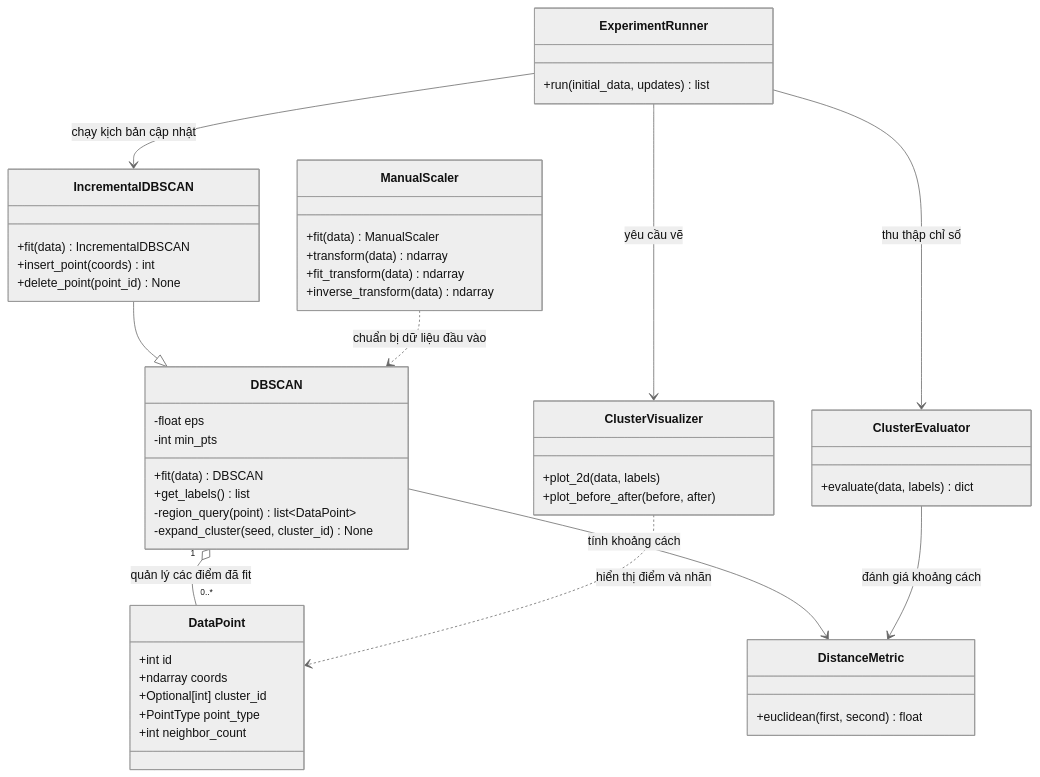
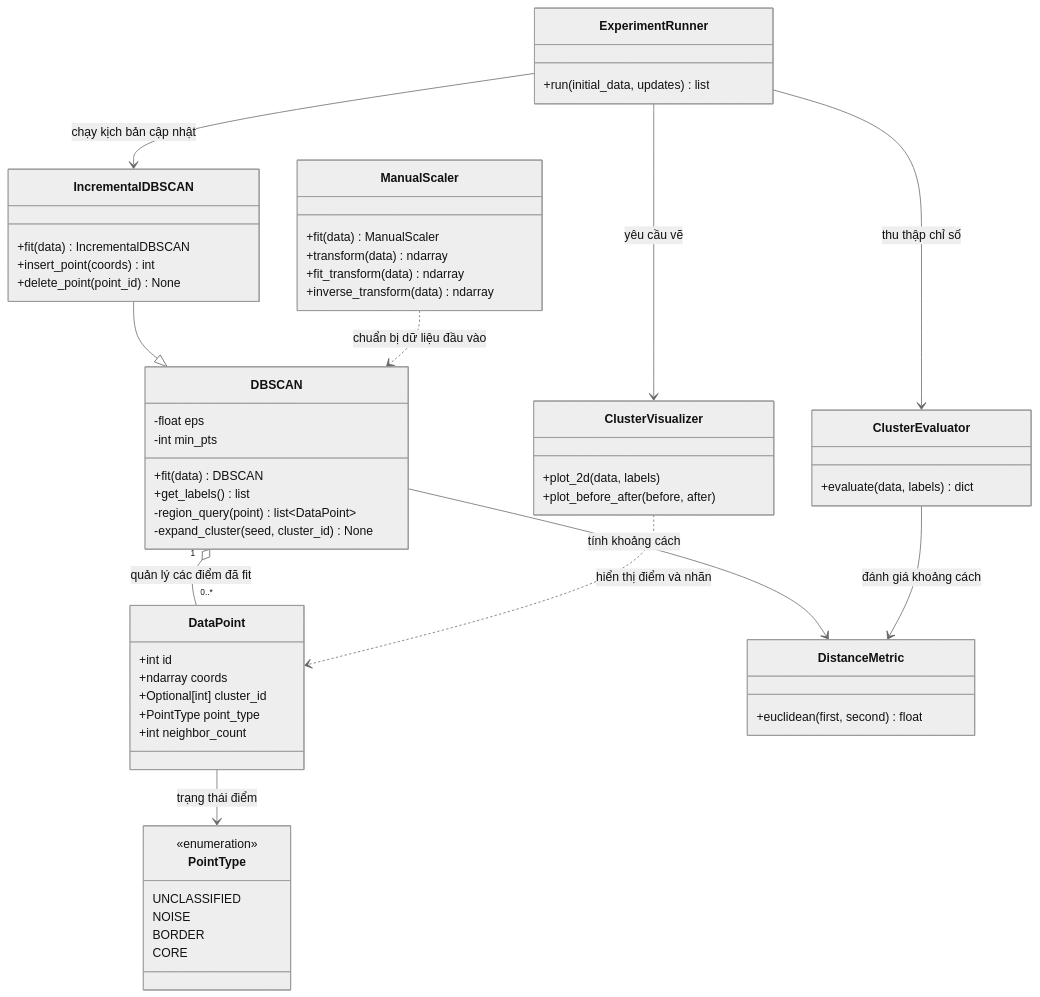
Before and after one commit to hoanganh-kevz/INCREMENTAL_DBSCAN_NHOM_1: the diagram in docs/oop_design.md, drawn with Mermaid (neutral theme). The commit also changed other lines of this file and 1 other file, not shown here.

Commit message:
refactor(tv3): align core classes with C02 design

````diff
--- a/docs/oop_design.md
+++ b/docs/oop_design.md
@@ -5,52 +5,60 @@
 ```mermaid
 classDiagram
     class DataPoint {
         +int id
         +ndarray coords
         +Optional[int] cluster_id
         +PointType point_type
         +int neighbor_count
+    }
+    class PointType {
+        <<enumeration>>
+        UNCLASSIFIED
+        NOISE
+        BORDER
+        CORE
     }
     class DistanceMetric {
         +euclidean(first, second) float
     }
     class ManualScaler {
         +fit(data) ManualScaler
         +transform(data) ndarray
         +fit_transform(data) ndarray
         +inverse_transform(data) ndarray
     }
     class DBSCAN {
         -float eps
         -int min_pts
         +fit(data) DBSCAN
         +get_labels() list
         -region_query(point) list~DataPoint~
         -expand_cluster(seed, cluster_id) None
     }
     class IncrementalDBSCAN {
         +fit(data) IncrementalDBSCAN
         +insert_point(coords) int
         +delete_point(point_id) None
     }
     class ClusterEvaluator {
         +evaluate(data, labels) dict
     }
     class ClusterVisualizer {
         +plot_2d(data, labels)
         +plot_before_after(before, after)
     }
     class ExperimentRunner {
         +run(initial_data, updates) list
     }
 
     IncrementalDBSCAN --|> DBSCAN
     DBSCAN "1" o-- "0..*" DataPoint : quản lý các điểm đã fit
+    DataPoint --> PointType : trạng thái điểm
     DBSCAN --> DistanceMetric : tính khoảng cách
     ClusterEvaluator --> DistanceMetric : đánh giá khoảng cách
     ExperimentRunner --> IncrementalDBSCAN : chạy kịch bản cập nhật
     ExperimentRunner --> ClusterEvaluator : thu thập chỉ số
     ExperimentRunner --> ClusterVisualizer : yêu cầu vẽ
     ManualScaler ..> DBSCAN : chuẩn bị dữ liệu đầu vào
     ClusterVisualizer ..> DataPoint : hiển thị điểm và nhãn
 ```
````
